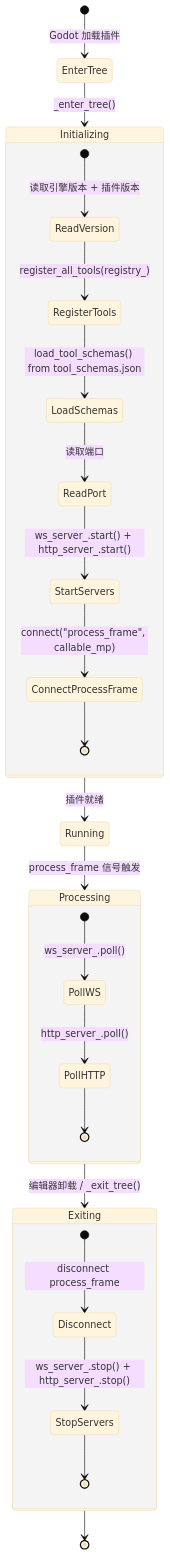
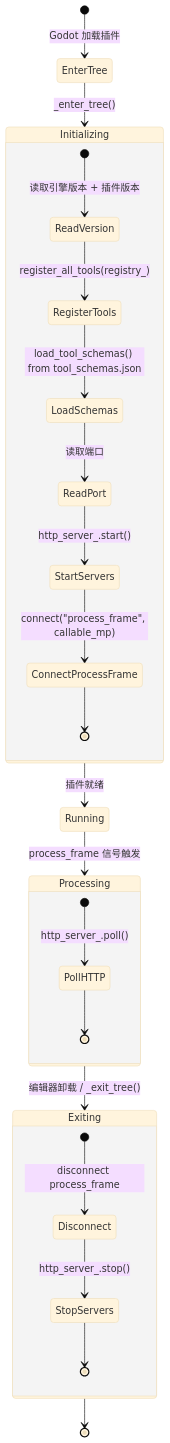
The diagram in .repo_wiki/modules/editor-plugin.md (jesspig/GodotMCP-GDExtension), drawn with Mermaid (base theme) before and after one commit. The commit also changed other lines of this file and 24 other files, not shown here.

````diff
--- a/.repo_wiki/modules/editor-plugin.md
+++ b/.repo_wiki/modules/editor-plugin.md
@@ -7,36 +7,35 @@
 ```mermaid
 stateDiagram-v2
     [*] --> EnterTree: Godot 加载插件
     
     EnterTree --> Initializing: _enter_tree()
     
     state Initializing {
         [*] --> ReadVersion: 读取引擎版本 + 插件版本
         ReadVersion --> RegisterTools: register_all_tools(registry_)
         RegisterTools --> LoadSchemas: load_tool_schemas() from tool_schemas.json
         LoadSchemas --> ReadPort: 读取端口
-        ReadPort --> StartServers: ws_server_.start() + http_server_.start()
+        ReadPort --> StartServers: http_server_.start()
         StartServers --> ConnectProcessFrame: connect("process_frame", callable_mp)
         ConnectProcessFrame --> [*]
     }
     
     Initializing --> Running: 插件就绪
     
     Running --> Processing: process_frame 信号触发
     
     state Processing {
-        [*] --> PollWS: ws_server_.poll()
-        PollWS --> PollHTTP: http_server_.poll()
+        [*] --> PollHTTP: http_server_.poll()
         PollHTTP --> [*]
     }
     
     Processing --> Exiting: 编辑器卸载 / _exit_tree()
     
     state Exiting {
         [*] --> Disconnect: disconnect process_frame
-        Disconnect --> StopServers: ws_server_.stop() + http_server_.stop()
+        Disconnect --> StopServers: http_server_.stop()
         StopServers --> [*]
     }
     
     Exiting --> [*]
 ```
````
